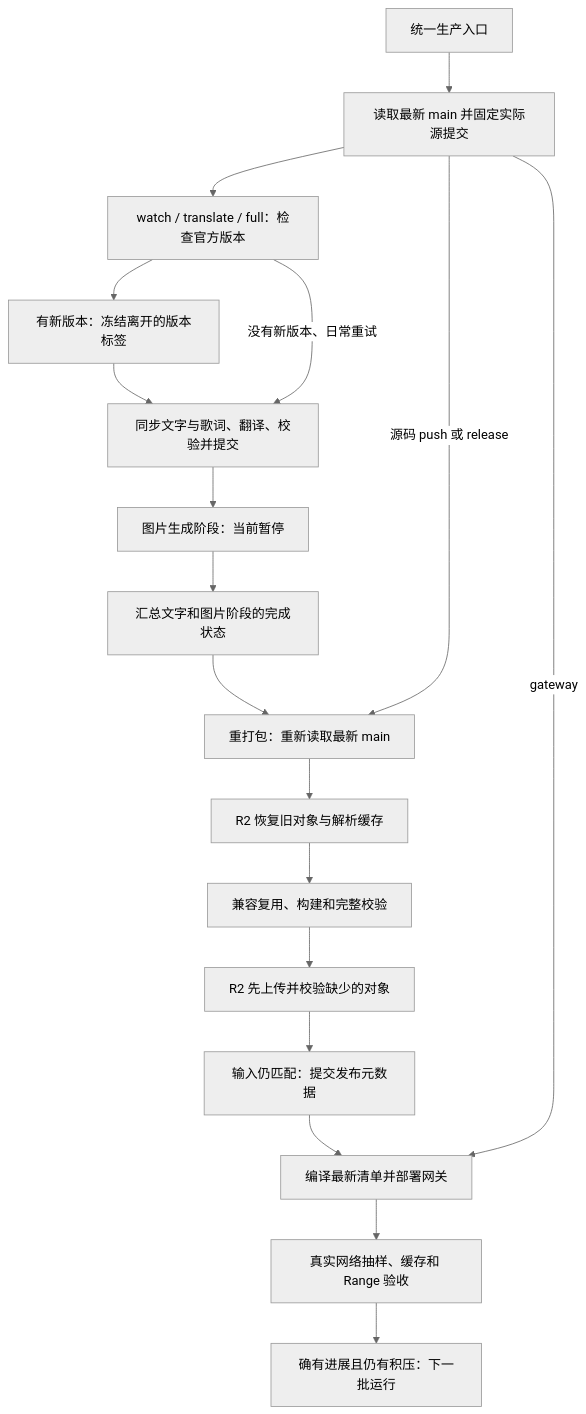
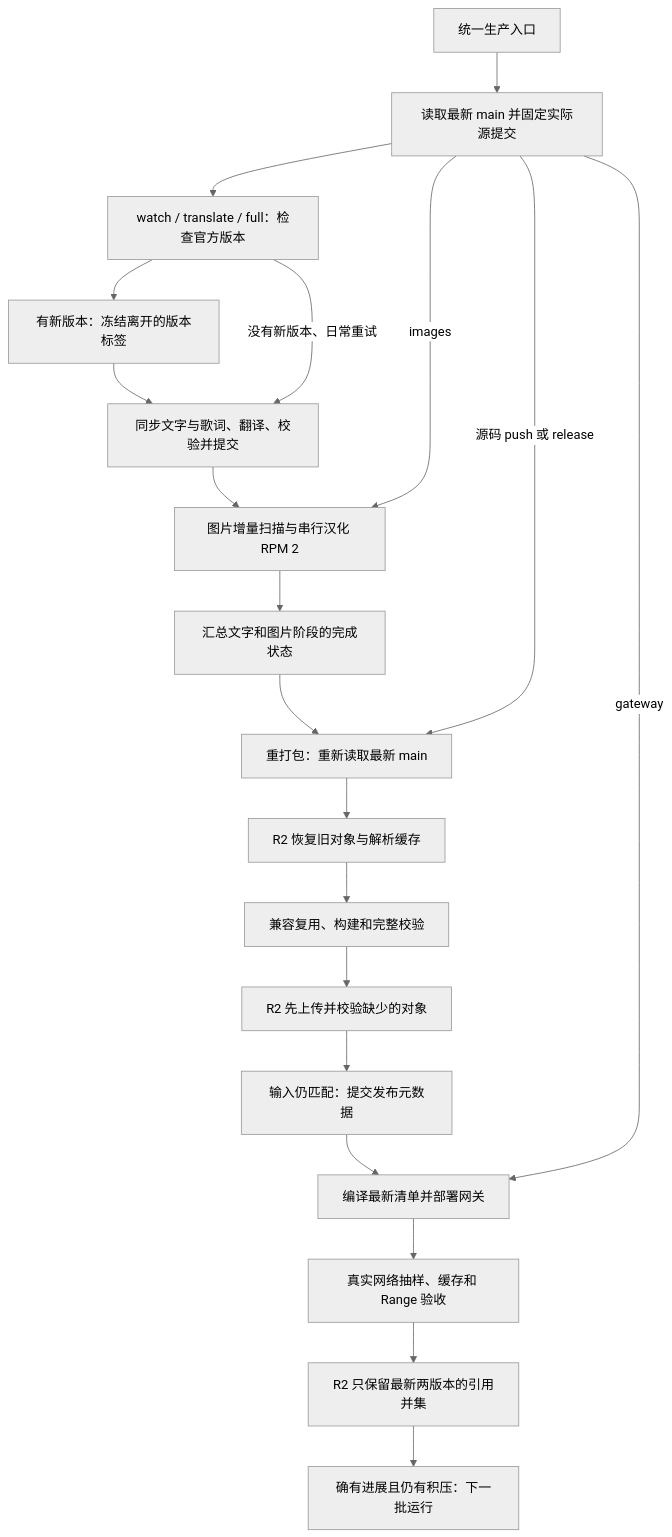
Before and after one commit to kohakunamori/MLTDTranslationAssets: the diagram in docs/CI.md, drawn with Mermaid (neutral theme). The commit also changed other lines of this file and 25 other files, not shown here.

````diff
--- a/docs/CI.md
+++ b/docs/CI.md
@@ -22,20 +23,22 @@
 ```mermaid
 flowchart TD
   Entry[统一生产入口] --> Plan[读取最新 main 并固定实际源提交]
   Plan --> Track[watch / translate / full：检查官方版本]
   Track --> Freeze[有新版本：冻结离开的版本标签]
   Freeze --> Text[同步文字与歌词、翻译、校验并提交]
   Track -->|没有新版本、日常重试| Text
-  Text --> Images[图片生成阶段：当前暂停]
+  Text --> Images[图片增量扫描与串行汉化 RPM 2]
+  Plan -->|images| Images
   Images --> Ready[汇总文字和图片阶段的完成状态]
   Ready --> Build[重打包：重新读取最新 main]
   Plan -->|源码 push 或 release| Build
   Build --> Restore[R2 恢复旧对象与解析缓存]
   Restore --> Verify[兼容复用、构建和完整校验]
   Verify --> Upload[R2 先上传并校验缺少的对象]
   Upload --> Commit[输入仍匹配：提交发布元数据]
   Commit --> Deploy[编译最新清单并部署网关]
   Plan -->|gateway| Deploy
   Deploy --> Accept[真实网络抽样、缓存和 Range 验收]
-  Accept --> Next[确有进展且仍有积压：下一批运行]
+  Accept --> GC[R2 只保留最新两版本的引用并集]
+  GC --> Next[确有进展且仍有积压：下一批运行]
 ```
````
